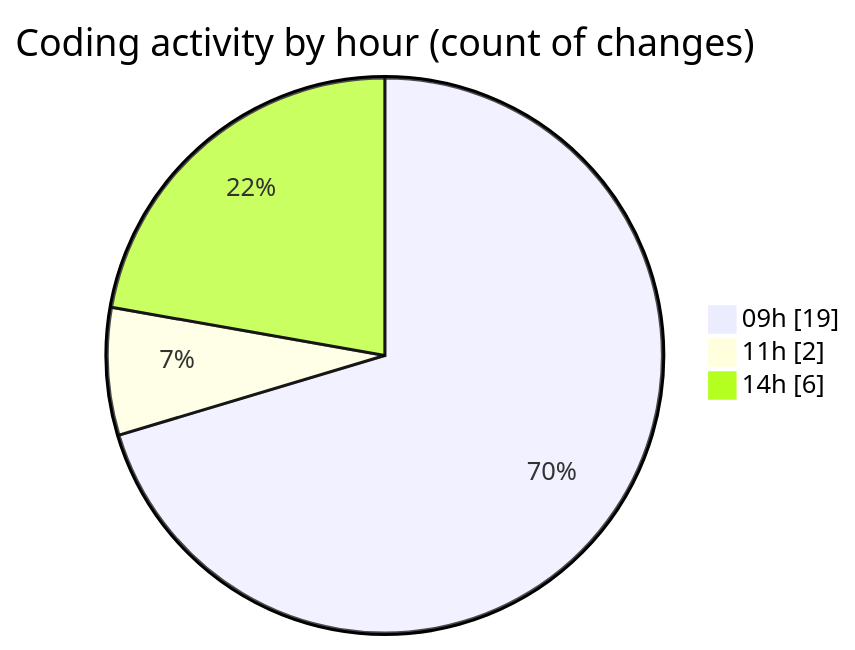
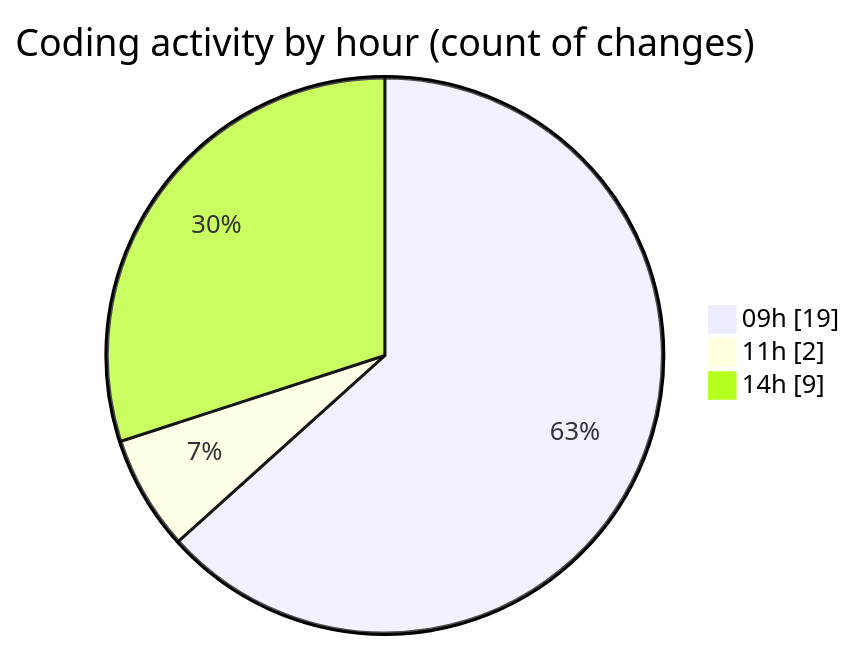
One commit to LanceThiago/code-tracking changed the second of 2 diagrams in 2025-01-10/nueva_carpeta/README.md. Above: the diagram before and after it, drawn with Mermaid. The commit also changed other lines of this file and 1 other file, not shown here.

````diff
--- a/2025-01-10/nueva_carpeta/README.md
+++ b/2025-01-10/nueva_carpeta/README.md
@@ -28,7 +28,7 @@
 ```mermaid
 pie showData
 title Coding activity by hour (count of changes)
 "09h" : 19
 "11h" : 2
-"14h" : 6
+"14h" : 9
 ```
````
